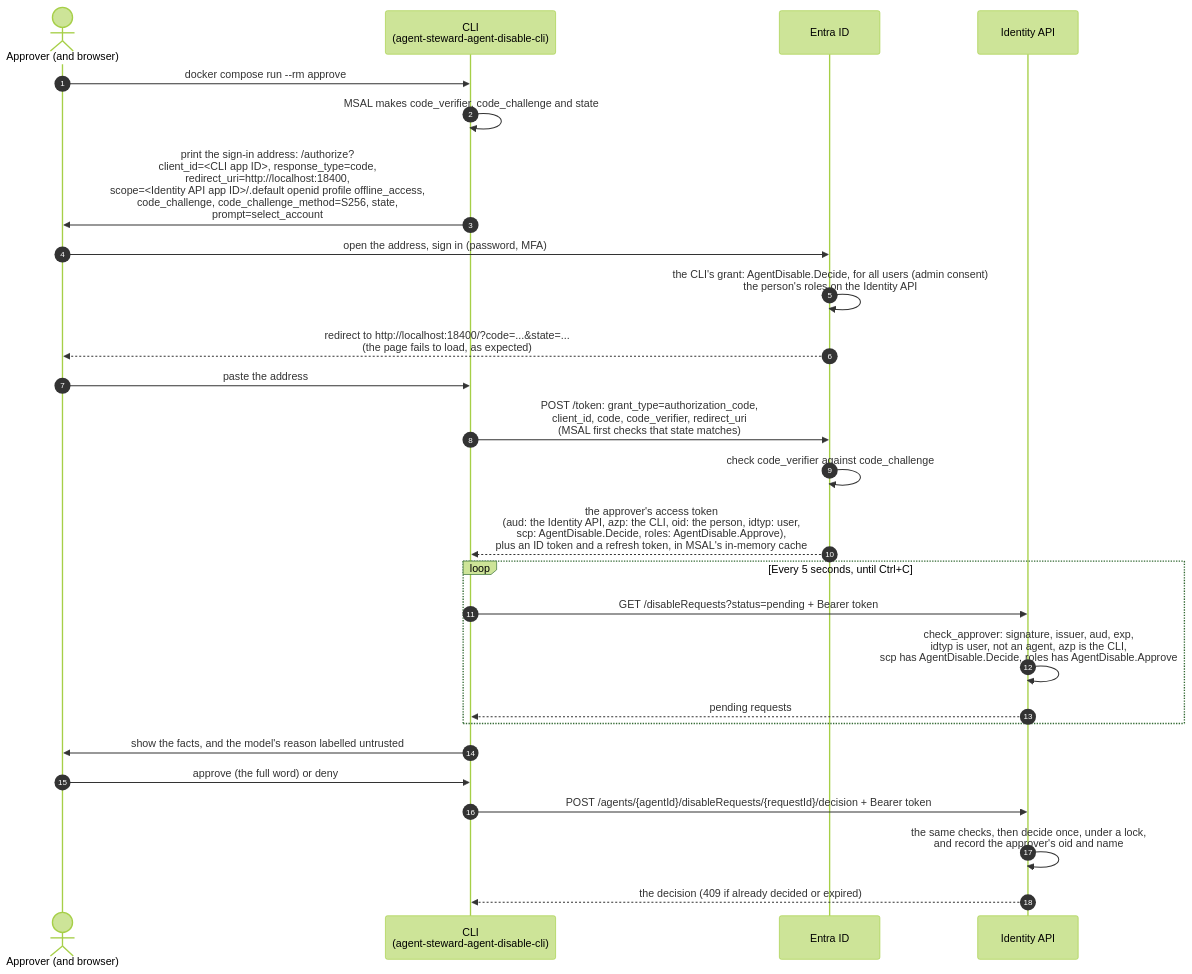
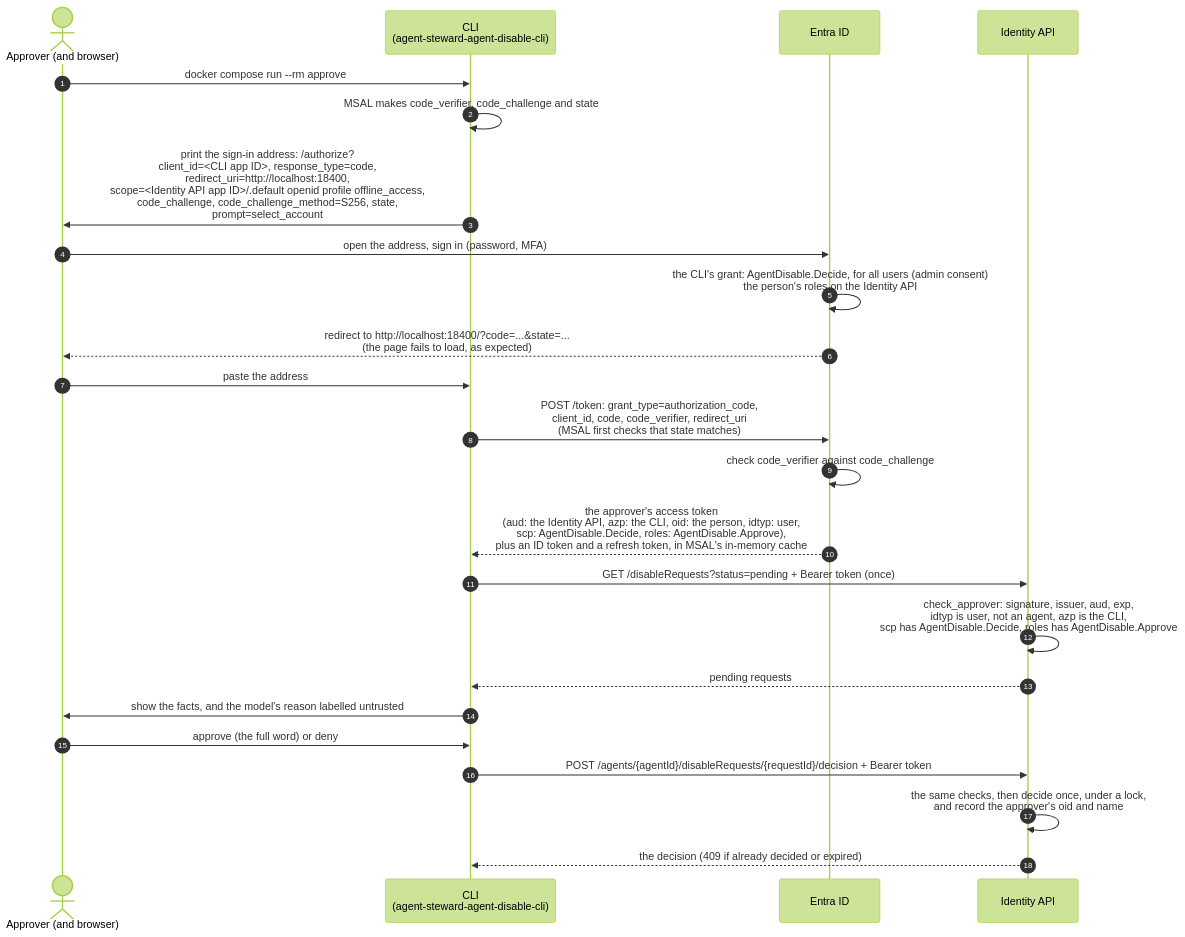
Before and after one commit to alireza-mpr/agent-steward: the fourth of 4 diagrams in docs/agent-steward-architecture.md, drawn with Mermaid (forest theme). The commit also changed other lines of this file and 2 other files, not shown here.

Commit message:
fix(approve-cli): list the pending requests once, ask about each, and exit
The propose phase creates every request before the approver opens the
CLI, so the 5-second polling loop was left over from the old design,
where the guardian's tool call waited for each decision. The CLI now
prints "No more pending requests." or "No pending requests." and exits.

````diff
--- a/docs/agent-steward-architecture.md
+++ b/docs/agent-steward-architecture.md
@@ -289,31 +291,29 @@
 ```mermaid
 sequenceDiagram
     autonumber
     actor P as Approver (and browser)
     participant C as CLI<br/>(agent-steward-agent-disable-cli)
     participant E as Entra ID
     participant A as Identity API
 
     P->>C: docker compose run --rm approve
     C->>C: MSAL makes code_verifier, code_challenge and state
     C->>P: print the sign-in address: /authorize?<br/>client_id=#lt;CLI app ID#gt;, response_type=code,<br/>redirect_uri=http://localhost:18400,<br/>scope=#lt;Identity API app ID#gt;/.default openid profile offline_access,<br/>code_challenge, code_challenge_method=S256, state,<br/>prompt=select_account
     P->>E: open the address, sign in (password, MFA)
     E->>E: the CLI's grant: AgentDisable.Decide, for all users (admin consent)<br/>the person's roles on the Identity API
     E-->>P: redirect to http://localhost:18400/?code=...#amp;state=...<br/>(the page fails to load, as expected)
     P->>C: paste the address
     C->>E: POST /token: grant_type=authorization_code,<br/>client_id, code, code_verifier, redirect_uri<br/>(MSAL first checks that state matches)
     E->>E: check code_verifier against code_challenge
     E-->>C: the approver's access token<br/>(aud: the Identity API, azp: the CLI, oid: the person, idtyp: user,<br/>scp: AgentDisable.Decide, roles: AgentDisable.Approve),<br/>plus an ID token and a refresh token, in MSAL's in-memory cache
 
-    loop Every 5 seconds, until Ctrl+C
-        C->>A: GET /disableRequests?status=pending + Bearer token
-        A->>A: check_approver: signature, issuer, aud, exp,<br/>idtyp is user, not an agent, azp is the CLI,<br/>scp has AgentDisable.Decide, roles has AgentDisable.Approve
-        A-->>C: pending requests
-    end
+    C->>A: GET /disableRequests?status=pending + Bearer token (once)
+    A->>A: check_approver: signature, issuer, aud, exp,<br/>idtyp is user, not an agent, azp is the CLI,<br/>scp has AgentDisable.Decide, roles has AgentDisable.Approve
+    A-->>C: pending requests
 
     C->>P: show the facts, and the model's reason labelled untrusted
     P->>C: approve (the full word) or deny
     C->>A: POST /agents/{agentId}/disableRequests/{requestId}/decision + Bearer token
     A->>A: the same checks, then decide once, under a lock,<br/>and record the approver's oid and name
     A-->>C: the decision (409 if already decided or expired)
 ```
````
